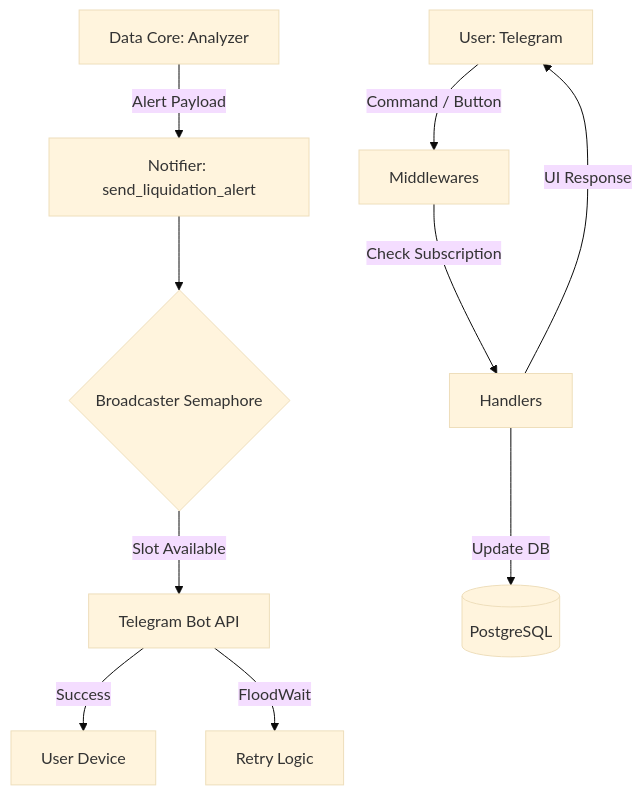
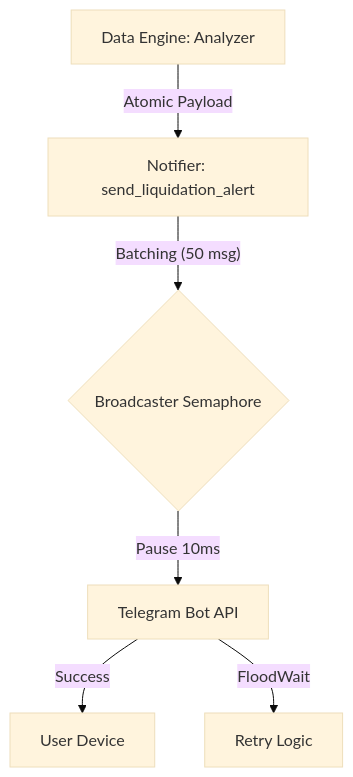
The diagram in docs/architecture/interface_layer.md (Curr3ncyV01D/signal_bot), drawn with Mermaid (base theme) before and after one commit. The commit also changed other lines of this file and 5 other files, not shown here.

First line of the commit message:
FINAL COMMIT docs: overhaul architecture docs and add Block 1 release notes

````diff
--- a/docs/architecture/interface_layer.md
+++ b/docs/architecture/interface_layer.md
@@ -27,13 +28,8 @@
 ```mermaid
 graph TD
-    A[Data Core: Analyzer] -- "Alert Payload" --> B[Notifier: send_liquidation_alert]
-    B --> C{Broadcaster Semaphore}
-    C -- "Slot Available" --> D[Telegram Bot API]
+    A[Data Engine: Analyzer] -- "Atomic Payload" --> B[Notifier: send_liquidation_alert]
+    B -- "Batching (50 msg)" --> C{Broadcaster Semaphore}
+    C -- "Pause 10ms" --> D[Telegram Bot API]
     D -- "Success" --> E[User Device]
     D -- "FloodWait" --> F[Retry Logic]
-    
-    G[User: Telegram] -- "Command / Button" --> H[Middlewares]
-    H -- "Check Subscription" --> I[Handlers]
-    I -- "Update DB" --> J[(PostgreSQL)]
-    I -- "UI Response" --> G
 ```
````
